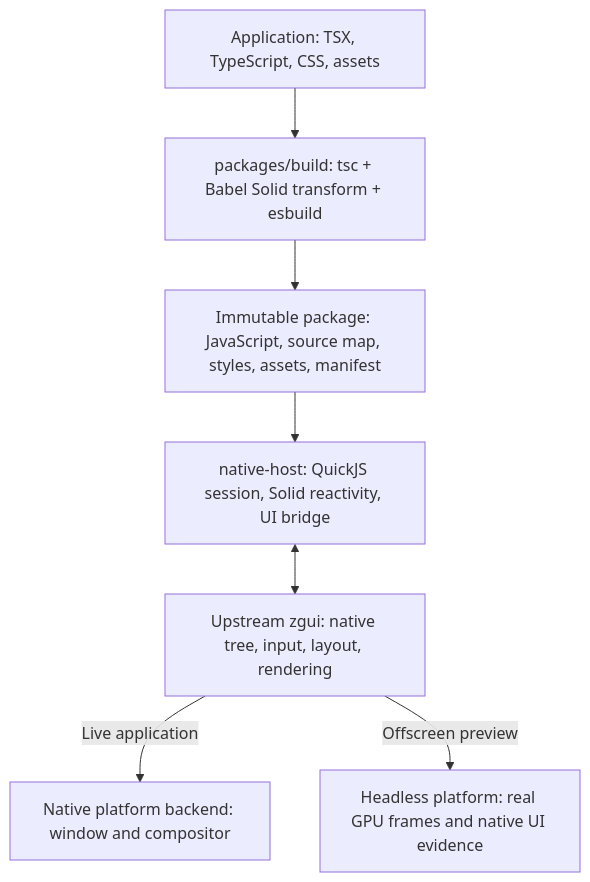
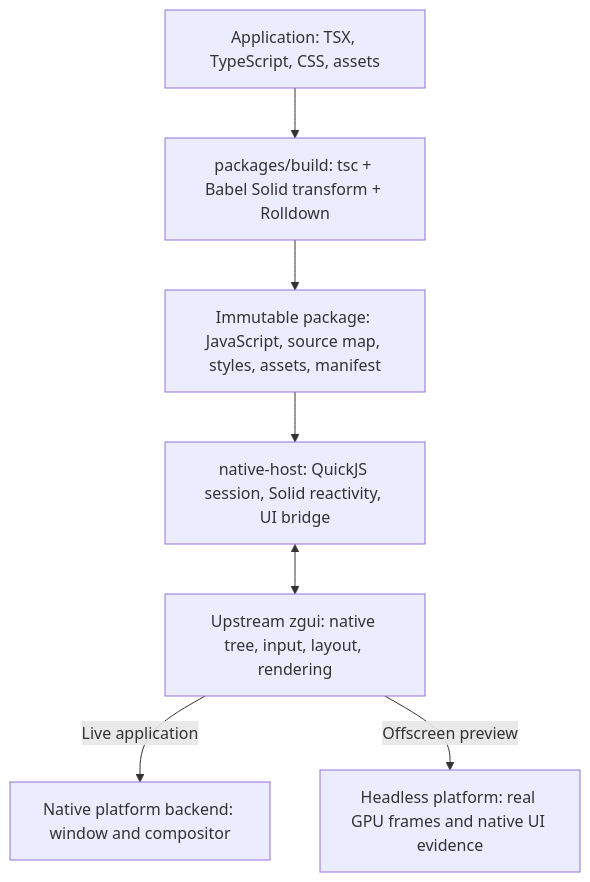
One commit to hewel/zgui-js changed the diagram in README.md. Above: the diagram before and after it, drawn with Mermaid. The commit also changed other lines of this file and 30 other files, not shown here.

````diff
--- a/README.md
+++ b/README.md
@@ -11,9 +11,9 @@
 ```mermaid
 flowchart TB
-    Source["Application: TSX, TypeScript, CSS, assets"] --> Build["packages/build: tsc + Babel Solid transform + esbuild"]
+    Source["Application: TSX, TypeScript, CSS, assets"] --> Build["packages/build: tsc + Babel Solid transform + Rolldown"]
     Build --> Package["Immutable package: JavaScript, source map, styles, assets, manifest"]
     Package --> Host["native-host: QuickJS session, Solid reactivity, UI bridge"]
     Host <--> Native["Upstream zgui: native tree, input, layout, rendering"]
     Native -->|Live application| Desktop["Native platform backend: window and compositor"]
     Native -->|Offscreen preview| Preview["Headless platform: real GPU frames and native UI evidence"]
 ```
````
